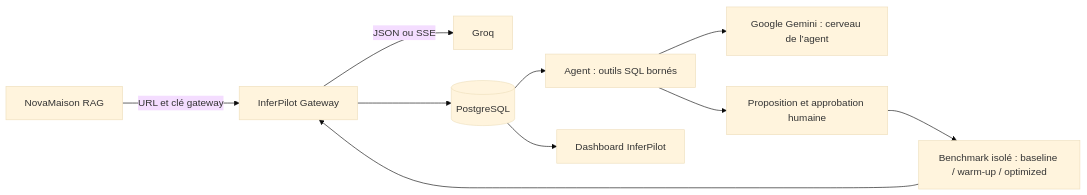
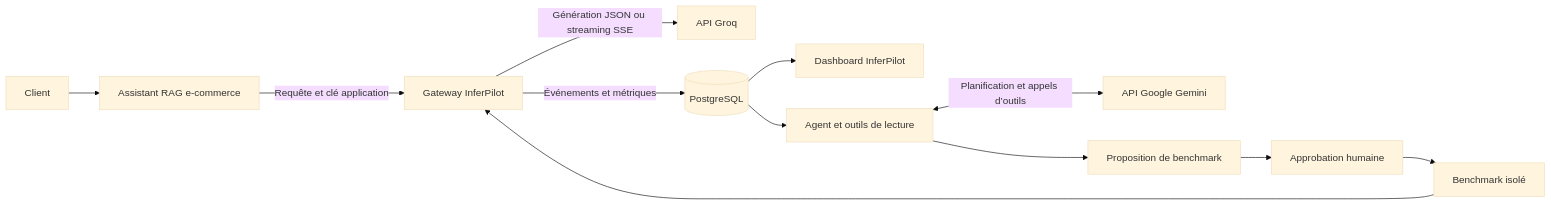
The diagram in README.md (longa16/InferPilot), drawn with Mermaid (base theme) before and after one commit. The commit also changed other lines of this file, not shown here.

````diff
--- a/README.md
+++ b/README.md
@@ -5,12 +26,14 @@
 ```mermaid
 flowchart LR
-  N[NovaMaison RAG] -->|URL et clé gateway| G[InferPilot Gateway]
-  G -->|JSON ou SSE| P[Groq]
-  G --> DB[(PostgreSQL)]
-  DB --> A[Agent : outils SQL bornés]
-  A --> M[Google Gemini : cerveau de l’agent]
-  A --> H[Proposition et approbation humaine]
-  H --> B[Benchmark isolé : baseline / warm-up / optimized]
-  B --> G
-  DB --> U[Dashboard InferPilot]
+    Client[Client] --> RAG[Assistant RAG e-commerce]
+    RAG -->|Requête et clé application| Gateway[Gateway InferPilot]
+    Gateway -->|Génération JSON ou streaming SSE| Groq[API Groq]
+    Gateway -->|Événements et métriques| DB[(PostgreSQL)]
+    DB --> Dashboard[Dashboard InferPilot]
+    DB --> Agent[Agent et outils de lecture]
+    Agent <-->|Planification et appels d’outils| Gemini[API Google Gemini]
+    Agent --> Proposition[Proposition de benchmark]
+    Proposition --> Approbation[Approbation humaine]
+    Approbation --> Benchmark[Benchmark isolé]
+    Benchmark --> Gateway
 ```
````
